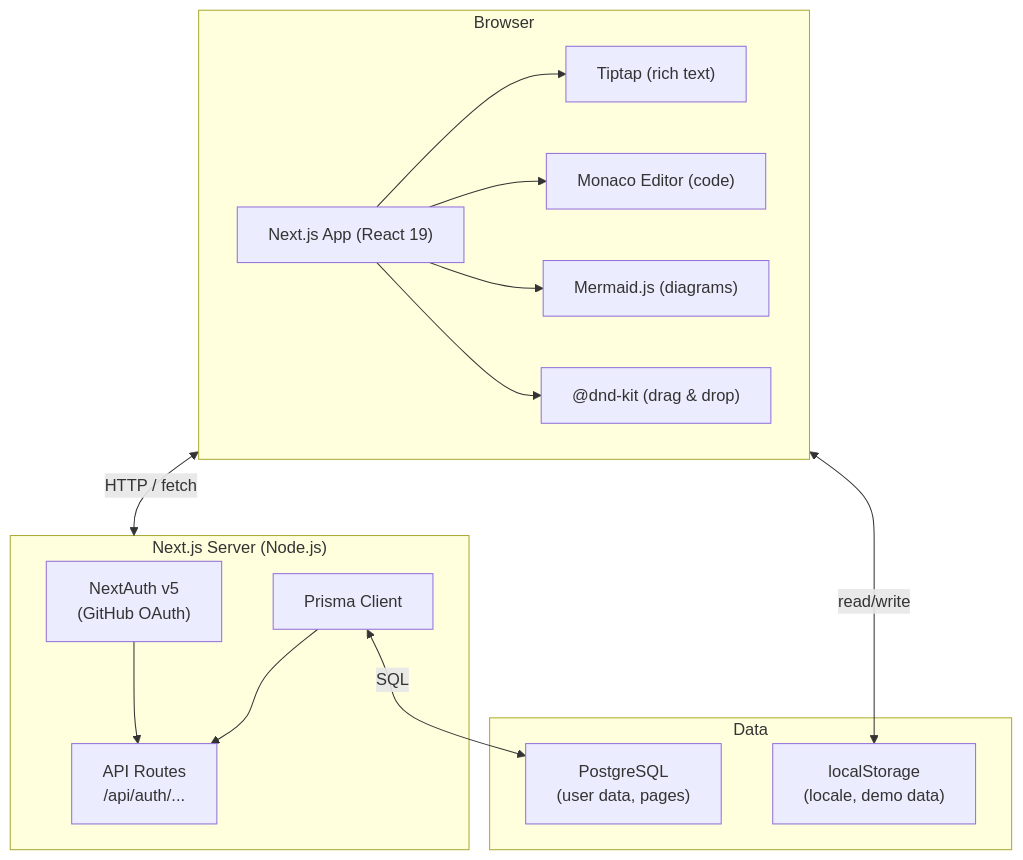
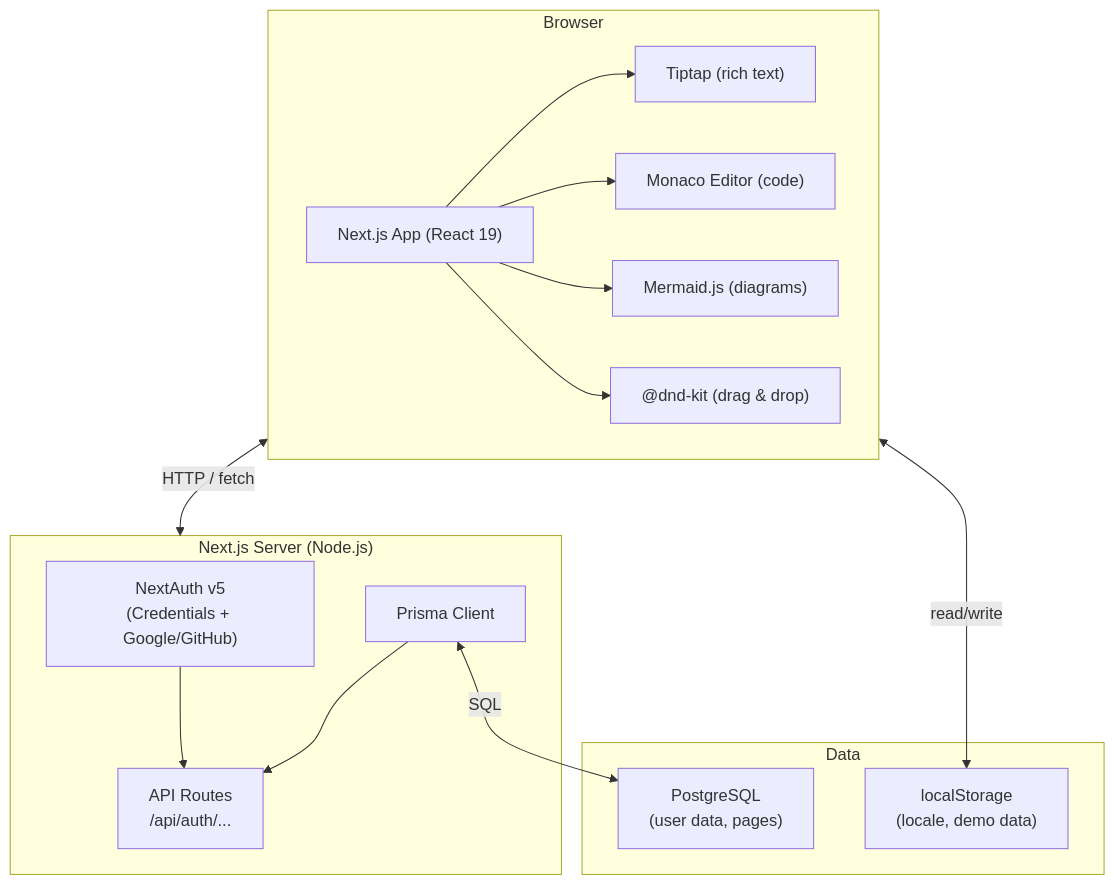
The first of 14 diagrams in docs/ARCHITECTURE.md (Ligred/devTree), drawn with Mermaid before and after one commit. The commit also changed 45 other files, not shown here.

````diff
--- a/docs/ARCHITECTURE.md
+++ b/docs/ARCHITECTURE.md
@@ -27,31 +27,31 @@
 ```mermaid
 graph TB
     subgraph Browser
         App["Next.js App (React 19)"]
         Tiptap["Tiptap (rich text)"]
         Monaco["Monaco Editor (code)"]
         Mermaid["Mermaid.js (diagrams)"]
         DndKit["@dnd-kit (drag & drop)"]
         App --> Tiptap
         App --> Monaco
         App --> Mermaid
         App --> DndKit
     end
 
     subgraph Server["Next.js Server (Node.js)"]
-        NextAuth["NextAuth v5\n(GitHub OAuth)"]
+        NextAuth["NextAuth v5\n(Credentials + Google/GitHub)"]
         PrismaClient["Prisma Client"]
         API["API Routes\n/api/auth/..."]
         NextAuth --> API
         PrismaClient --> API
     end
 
     subgraph Data
         PostgreSQL["PostgreSQL\n(user data, pages)"]
         LocalStorage["localStorage\n(locale, demo data)"]
     end
 
     Browser <-->|"HTTP / fetch"| Server
     PrismaClient <-->|"SQL"| PostgreSQL
     Browser <-->|"read/write"| LocalStorage
 ```
````
